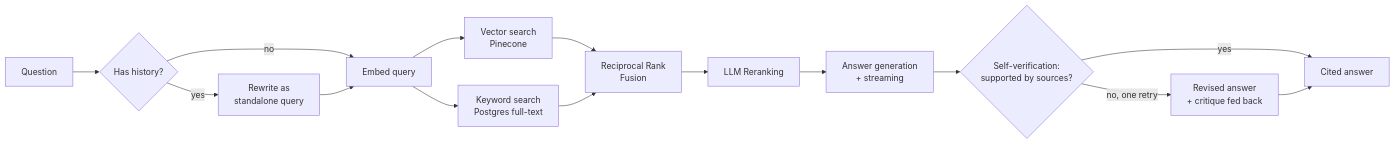
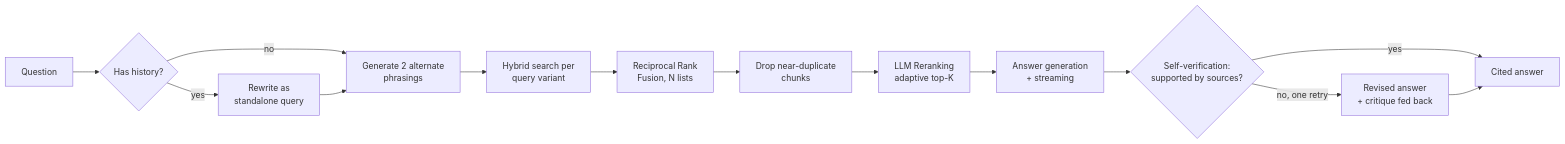
Before and after one commit to Zephyrex21/agentic-rag-assistant: the diagram in README.md, drawn with Mermaid. The commit also changed other lines of this file and 14 other files, not shown here.

````diff
--- a/README.md
+++ b/README.md
@@ -64,17 +65,16 @@
 ```mermaid
 flowchart LR
     Q[Question] --> RW{Has history?}
     RW -->|yes| RWQ[Rewrite as<br/>standalone query]
-    RW -->|no| EMB
-    RWQ --> EMB[Embed query]
-    EMB --> VEC[Vector search<br/>Pinecone]
-    EMB --> KW[Keyword search<br/>Postgres full-text]
-    VEC --> FUSE[Reciprocal Rank<br/>Fusion]
-    KW --> FUSE
-    FUSE --> RERANK[LLM Reranking]
+    RW -->|no| EXP
+    RWQ --> EXP[Generate 2 alternate<br/>phrasings]
+    EXP --> SEARCH[Hybrid search per<br/>query variant]
+    SEARCH --> FUSE[Reciprocal Rank<br/>Fusion, N lists]
+    FUSE --> DEDUP[Drop near-duplicate<br/>chunks]
+    DEDUP --> RERANK[LLM Reranking<br/>adaptive top-K]
     RERANK --> GEN[Answer generation<br/>+ streaming]
     GEN --> VERIFY{Self-verification:<br/>supported by sources?}
     VERIFY -->|yes| OUT[Cited answer]
     VERIFY -->|no, one retry| REVISE[Revised answer<br/>+ critique fed back]
     REVISE --> OUT
 ```
````
